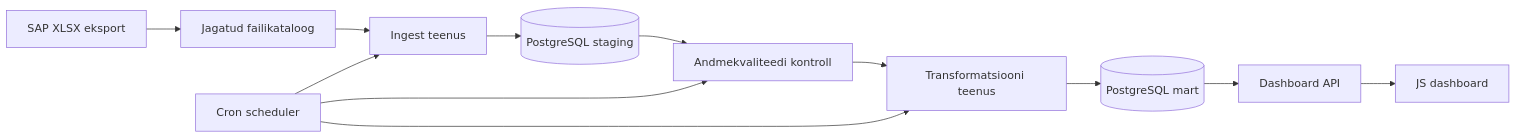
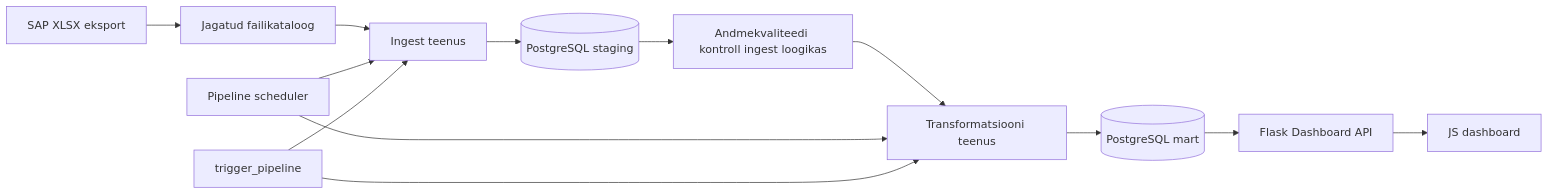
Before and after one commit to joosephook/andmeinseneeria-projekt: the diagram in README.md, drawn with Mermaid. The commit also changed other lines of this file and 13 other files, not shown here.

````diff
--- a/README.md
+++ b/README.md
@@ -39,14 +39,15 @@
 ```mermaid
 flowchart LR
     SAP[SAP XLSX eksport] --> FILES[Jagatud failikataloog]
     FILES --> INGEST[Ingest teenus]
     INGEST --> STAGING[(PostgreSQL staging)]
-    STAGING --> QUALITY[Andmekvaliteedi kontroll]
+    STAGING --> QUALITY[Andmekvaliteedi kontroll ingest loogikas]
     QUALITY --> TRANSFORM[Transformatsiooni teenus]
     TRANSFORM --> MART[(PostgreSQL mart)]
-    MART --> API[Dashboard API]
+    MART --> API[Flask Dashboard API]
     API --> DASH[JS dashboard]
-    SCHED[Cron scheduler] --> INGEST
-    SCHED --> QUALITY
+    SCHED[Pipeline scheduler] --> INGEST
     SCHED --> TRANSFORM
+    TRIGGER[trigger_pipeline] --> INGEST
+    TRIGGER --> TRANSFORM
 ```
````
